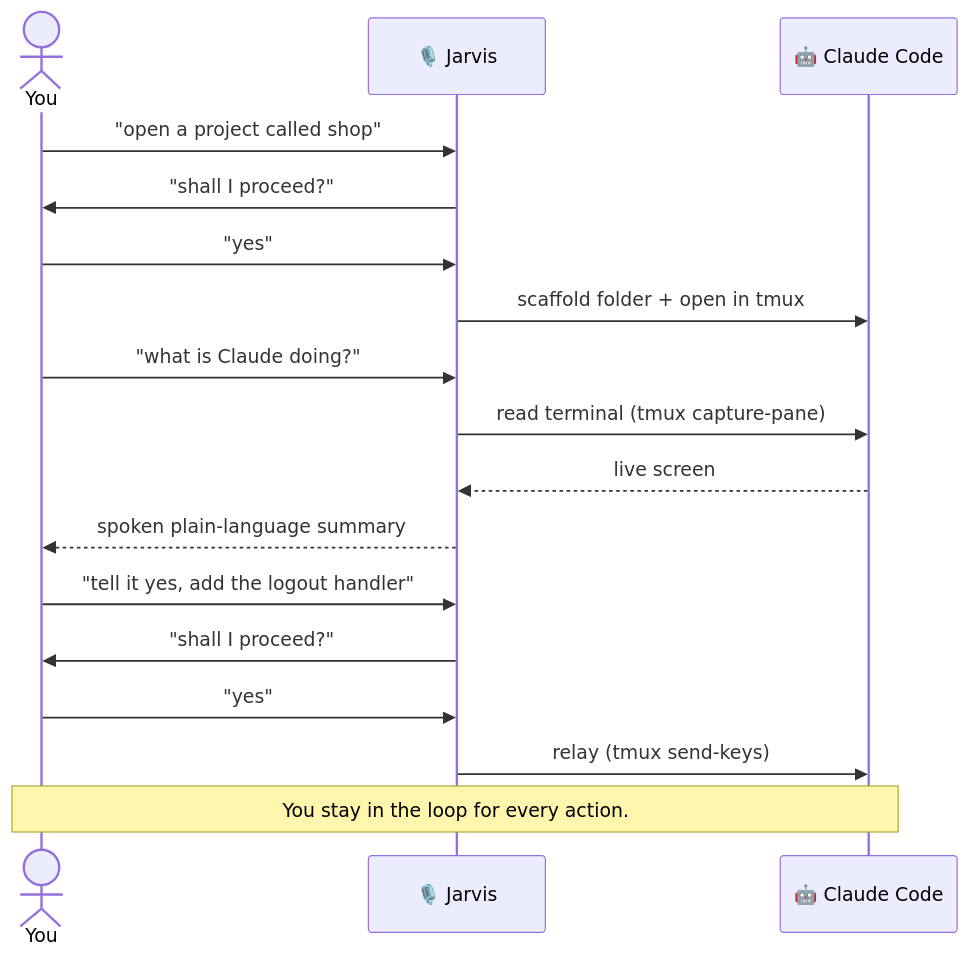
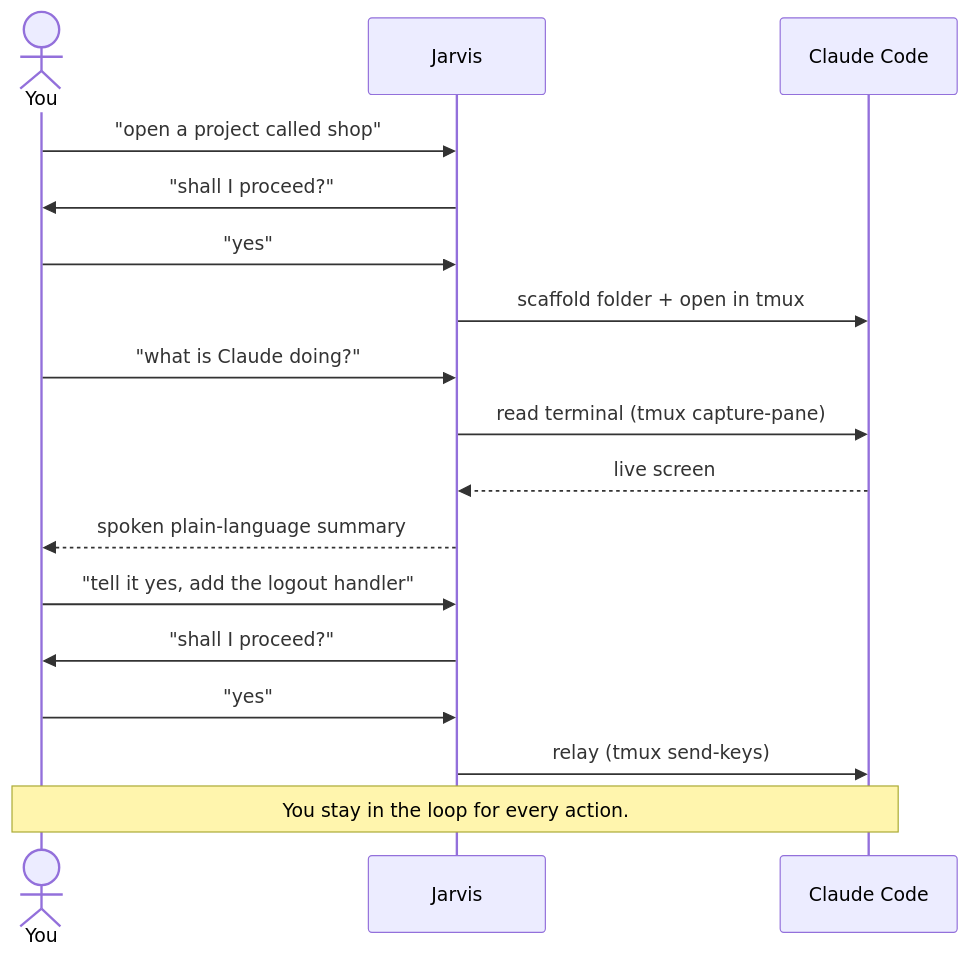
Before and after one commit to xebastian153/hyprvalet: the third of 3 diagrams in README.md, drawn with Mermaid. The commit also changed other lines of this file and 1 other file, not shown here.

First line of the commit message:
docs(readme): neutral Spanish, and drop emojis from the diagrams

````diff
--- a/README.md
+++ b/README.md
@@ -143,19 +143,19 @@
 ```mermaid
 sequenceDiagram
     actor You
-    participant J as 🎙️ Jarvis
-    participant C as 🤖 Claude Code
+    participant J as Jarvis
+    participant C as Claude Code
     You->>J: "open a project called shop"
     J->>You: "shall I proceed?"
     You->>J: "yes"
     J->>C: scaffold folder + open in tmux
     You->>J: "what is Claude doing?"
     J->>C: read terminal (tmux capture-pane)
     C-->>J: live screen
     J-->>You: spoken plain-language summary
     You->>J: "tell it yes, add the logout handler"
     J->>You: "shall I proceed?"
     You->>J: "yes"
     J->>C: relay (tmux send-keys)
     Note over You,C: You stay in the loop for every action.
 ```
````
